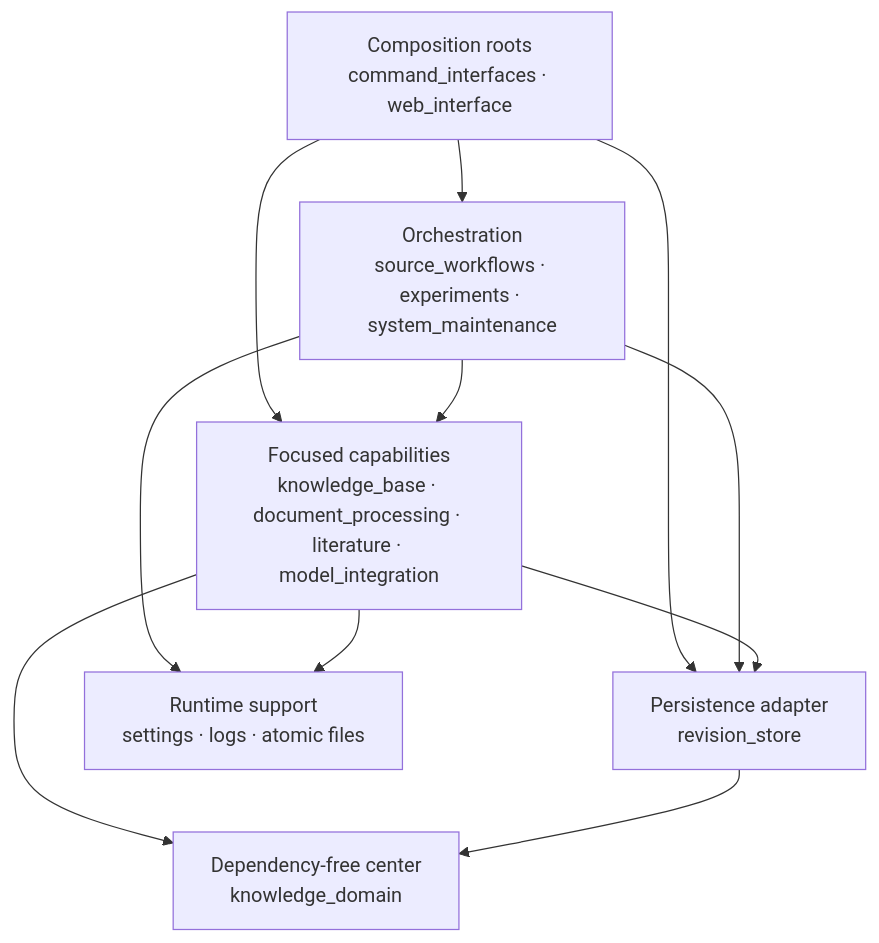
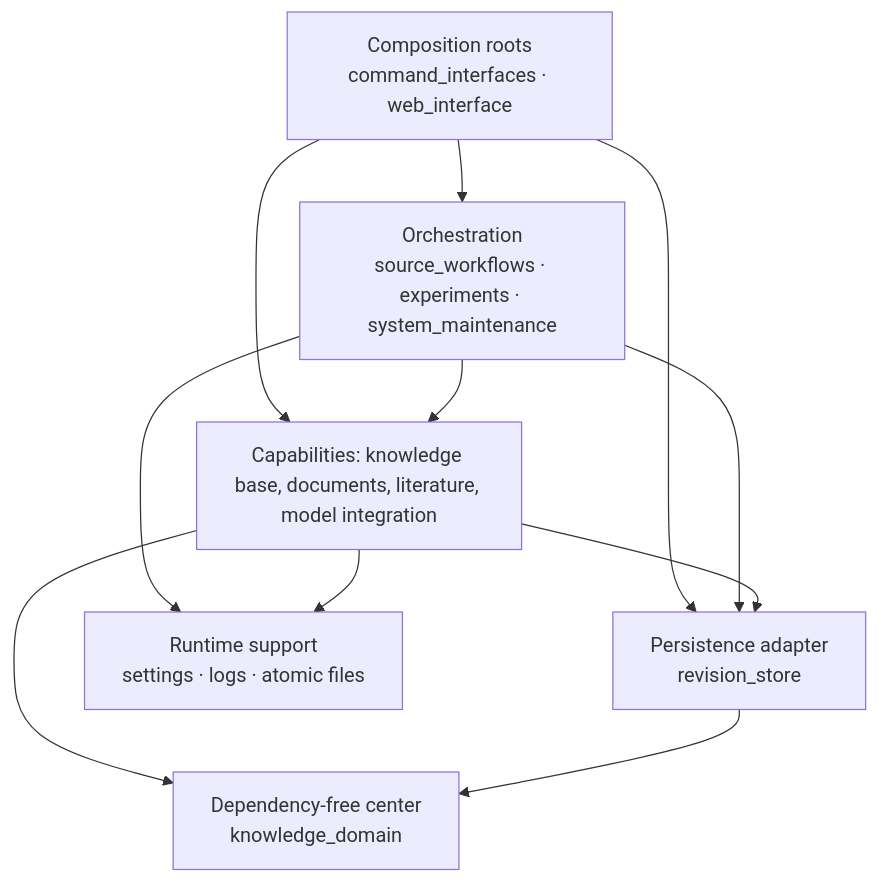
Before and after one commit to dweigend/knowledge-server: the fourth of 4 diagrams in README.md, drawn with Mermaid. The commit also changed other lines of this file and 3 other files, not shown here.

````diff
--- a/README.md
+++ b/README.md
@@ -177,20 +177,20 @@
 ```mermaid
 flowchart TD
   ENTRY["Composition roots<br/>command_interfaces · web_interface"]
   FLOW["Orchestration<br/>source_workflows · experiments · system_maintenance"]
-  CAP["Focused capabilities<br/>knowledge_base · document_processing · literature · model_integration"]
+  CAP["Capabilities: knowledge base, documents, literature, model integration"]
   STORE["Persistence adapter<br/>revision_store"]
   RUNTIME["Runtime support<br/>settings · logs · atomic files"]
   DOMAIN["Dependency-free center<br/>knowledge_domain"]
 
   ENTRY --> FLOW
   ENTRY --> CAP
   ENTRY --> STORE
   FLOW --> CAP
   FLOW --> STORE
   FLOW --> RUNTIME
   CAP --> STORE
   CAP --> RUNTIME
   CAP --> DOMAIN
   STORE --> DOMAIN
 ```
````
